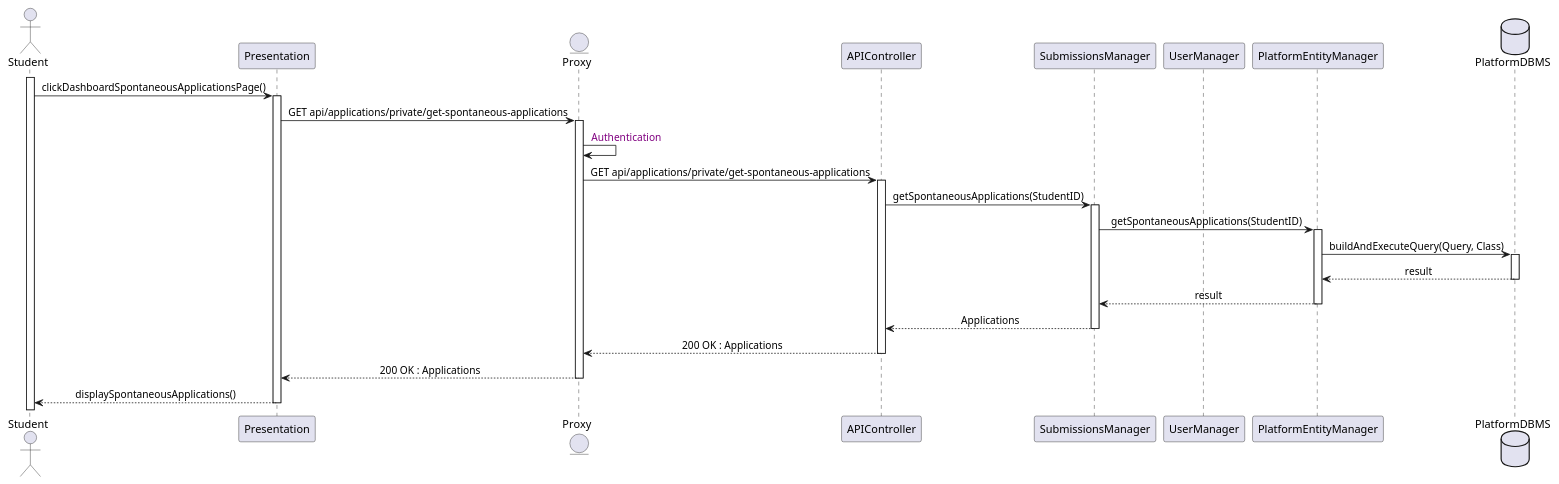
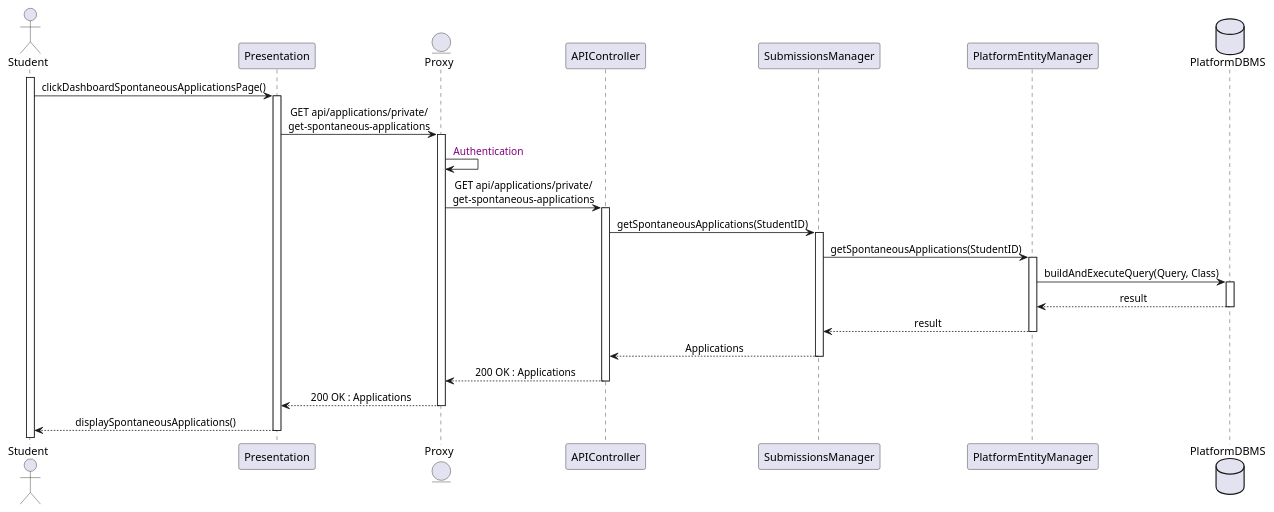
One commit to Slaitroc/RicciPaoliGrisoni changed the diagram in Diagrams/SequenceDiagrams/DD/13StudentSeeSpontaneousApplications.wsd. Above: the diagram before and after it, drawn with PlantUML. The commit also changed 7 other files, not shown here.

Commit message:
Minor DD Sequences Fixes

```diff
--- a/Diagrams/SequenceDiagrams/DD/13StudentSeeSpontaneousApplications.wsd
+++ b/Diagrams/SequenceDiagrams/DD/13StudentSeeSpontaneousApplications.wsd
@@ -1,38 +1,37 @@
 @startuml 13StudentSeeSpontaneousApplications
 skinparam sequenceMessageAlign center
 actor       Student
 participant Presentation
 entity      Proxy
 participant APIController
 participant SubmissionsManager
-participant UserManager
 participant PlatformEntityManager
 database    PlatformDBMS
 
 activate Student
 Student -> Presentation : clickDashboardSpontaneousApplicationsPage()
 activate Presentation
-Presentation -> Proxy : GET api/applications/private/get-spontaneous-applications
+Presentation -> Proxy : GET api/applications/private/\nget-spontaneous-applications
 activate Proxy
 Proxy -> Proxy : <color:purple> Authentication
-Proxy -> APIController : GET api/applications/private/get-spontaneous-applications
+Proxy -> APIController : GET api/applications/private/\nget-spontaneous-applications
 activate APIController
 APIController -> SubmissionsManager : getSpontaneousApplications(StudentID)
 activate SubmissionsManager
 SubmissionsManager -> PlatformEntityManager : getSpontaneousApplications(StudentID)
 activate PlatformEntityManager
 PlatformEntityManager -> PlatformDBMS : buildAndExecuteQuery(Query, Class)
 activate PlatformDBMS
 PlatformDBMS --> PlatformEntityManager : result
 deactivate PlatformDBMS
 PlatformEntityManager --> SubmissionsManager : result
 deactivate PlatformEntityManager
 SubmissionsManager --> APIController : Applications
 deactivate SubmissionsManager
 APIController --> Proxy : 200 OK : Applications
 deactivate APIController
 Proxy --> Presentation : 200 OK : Applications
 deactivate Proxy
 Presentation --> Student : displaySpontaneousApplications()
 deactivate Presentation
 @enduml
```
